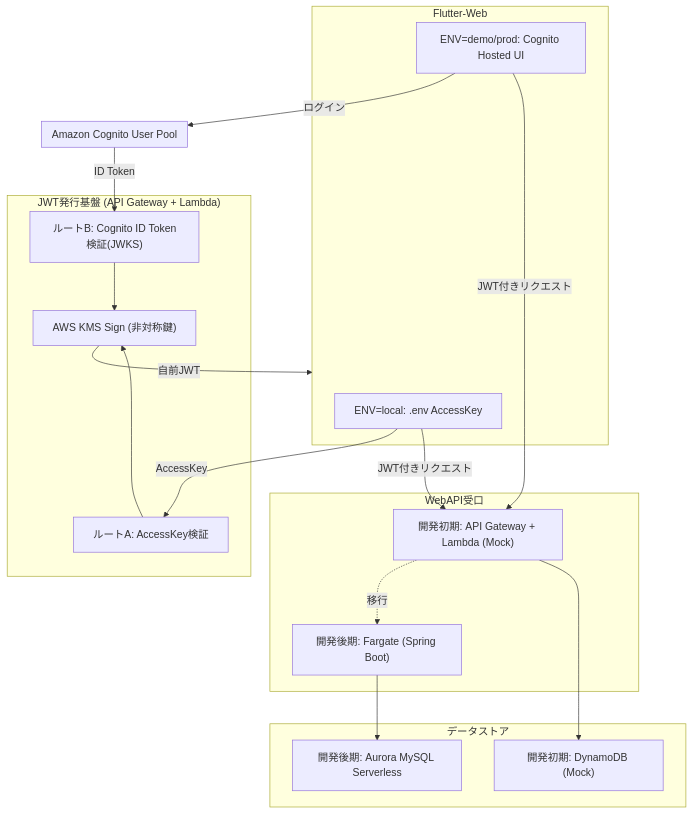
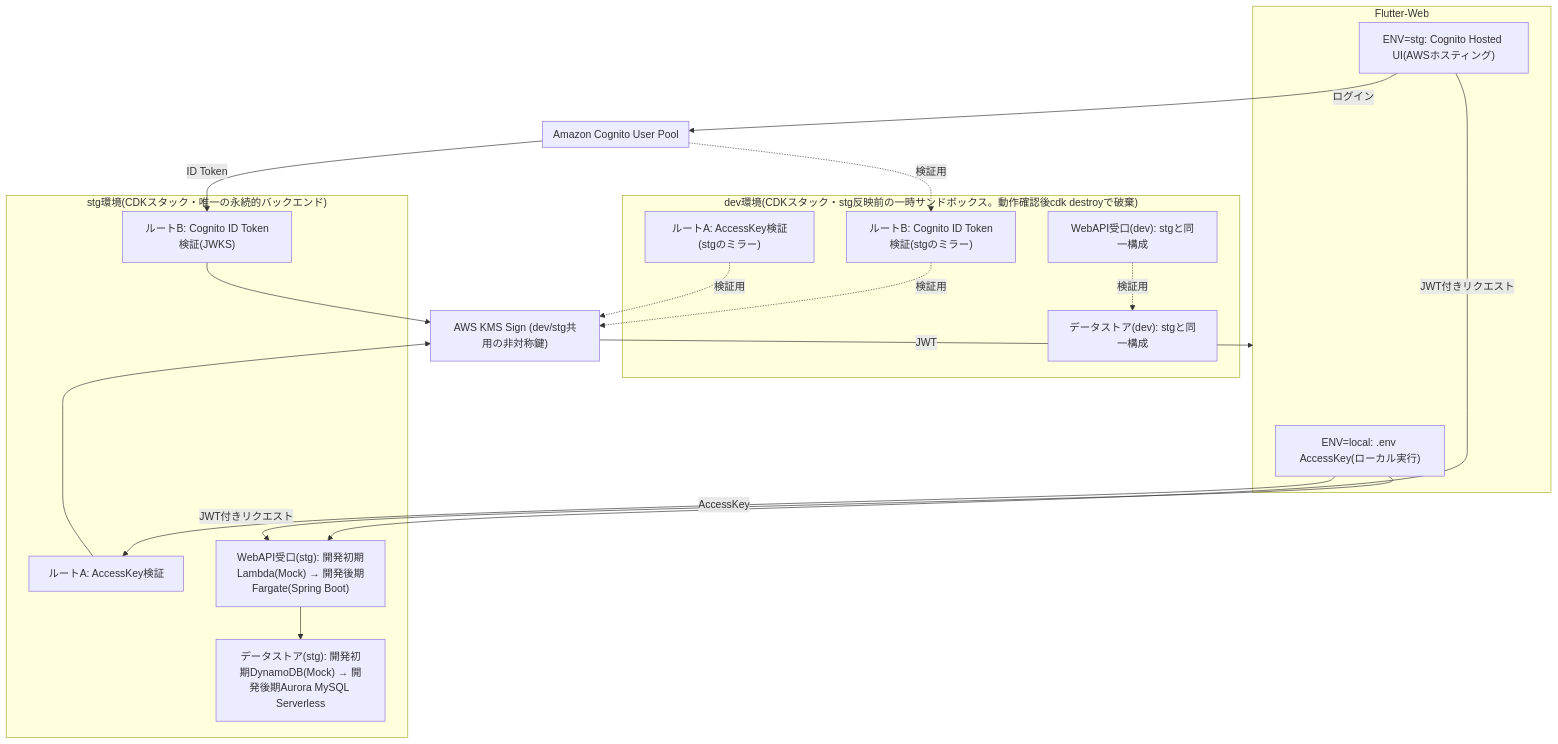
The first of 2 diagrams in docs/spec/authentication/design.md (kachisvp/fasse_infra), drawn with Mermaid before and after one commit. The commit also changed other lines of this file and 2 other files, not shown here.

````diff
--- a/docs/spec/authentication/design.md
+++ b/docs/spec/authentication/design.md
@@ -5,39 +5,42 @@
 ```mermaid
 flowchart TB
     subgraph Frontend["Flutter-Web"]
-        FE_LOCAL["ENV=local: .env AccessKey"]
-        FE_DEMO["ENV=demo/prod: Cognito Hosted UI"]
+        FE_LOCAL["ENV=local: .env AccessKey(ローカル実行)"]
+        FE_STG["ENV=stg: Cognito Hosted UI(AWSホスティング)"]
     end
 
-    subgraph AuthHub["JWT発行基盤 (API Gateway + Lambda)"]
-        RouteA["ルートA: AccessKey検証"]
-        RouteB["ルートB: Cognito ID Token検証(JWKS)"]
-        KMSSign["AWS KMS Sign (非対称鍵)"]
+    subgraph StgEnv["stg環境(CDKスタック・唯一の永続的バックエンド)"]
+        RouteA_Stg["ルートA: AccessKey検証"]
+        RouteB_Stg["ルートB: Cognito ID Token検証(JWKS)"]
+        StgAPI["WebAPI受口(stg): 開発初期Lambda(Mock) → 開発後期Fargate(Spring Boot)"]
+        StgDB["データストア(stg): 開発初期DynamoDB(Mock) → 開発後期Aurora MySQL Serverless"]
     end
+
+    subgraph DevEnv["dev環境(CDKスタック・stg反映前の一時サンドボックス。動作確認後cdk destroyで破棄)"]
+        RouteA_Dev["ルートA: AccessKey検証(stgのミラー)"]
+        RouteB_Dev["ルートB: Cognito ID Token検証(stgのミラー)"]
+        DevAPI["WebAPI受口(dev): stgと同一構成"]
+        DevDB["データストア(dev): stgと同一構成"]
+    end
+
+    KMSSign["AWS KMS Sign (dev/stg共用の非対称鍵)"]
 
     subgraph Cognito["Amazon Cognito User Pool"]
     end
 
-    subgraph WebAPI["WebAPI受口"]
-        MockAPI["開発初期: API Gateway + Lambda (Mock)"]
-        FargateAPI["開発後期: Fargate (Spring Boot)"]
-    end
+    FE_LOCAL -->|AccessKey| RouteA_Stg
+    FE_STG -->|ログイン| Cognito
+    Cognito -->|ID Token| RouteB_Stg
+    RouteA_Stg --> KMSSign
+    RouteB_Stg --> KMSSign
+    KMSSign -->|JWT| Frontend
 
-    subgraph DataStore["データストア"]
-        DynamoDB["開発初期: DynamoDB (Mock)"]
-        Aurora["開発後期: Aurora MySQL Serverless"]
-    end
+    FE_LOCAL -->|JWT付きリクエスト| StgAPI
+    FE_STG -->|JWT付きリクエスト| StgAPI
+    StgAPI --> StgDB
 
-    FE_LOCAL -->|AccessKey| RouteA
-    FE_DEMO -->|ログイン| Cognito
-    Cognito -->|ID Token| RouteB
-    RouteA --> KMSSign
-    RouteB --> KMSSign
-    KMSSign -->|自前JWT| Frontend
-
-    FE_LOCAL -->|JWT付きリクエスト| MockAPI
-    FE_DEMO -->|JWT付きリクエスト| MockAPI
-    MockAPI -.移行.-> FargateAPI
-    MockAPI --> DynamoDB
-    FargateAPI --> Aurora
+    RouteA_Dev -.検証用.-> KMSSign
+    Cognito -.検証用.-> RouteB_Dev
+    RouteB_Dev -.検証用.-> KMSSign
+    DevAPI -.検証用.-> DevDB
 ```
````
